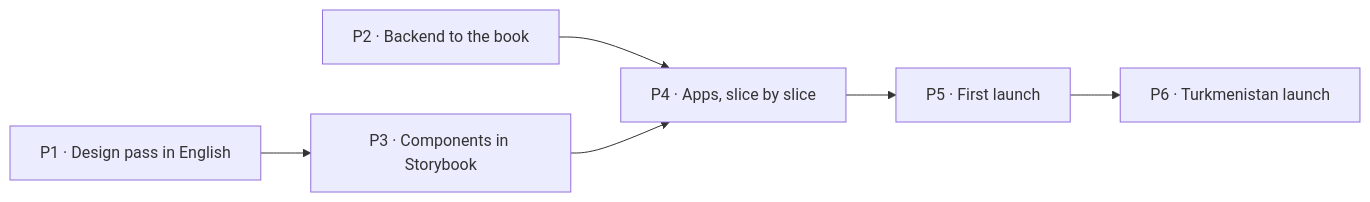
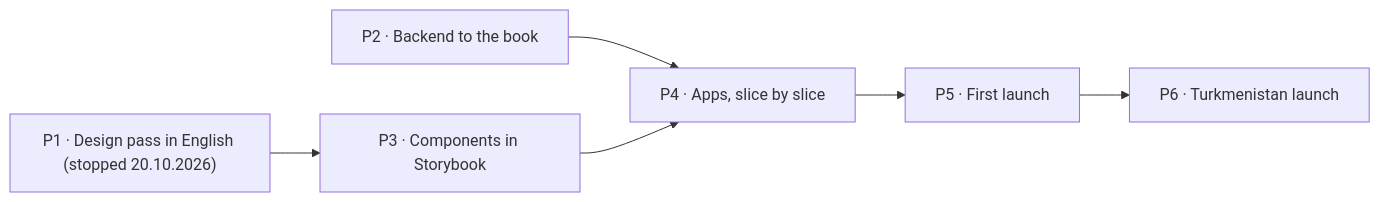
The diagram in docs/product/10-plan.md (azamatos/yeral), drawn with Mermaid before and after one commit. The commit also changed other lines of this file and 15 other files, not shown here.

First line of the commit message:
docs: stop the design pass, design only where it's needed (#91)

````diff
--- a/docs/product/10-plan.md
+++ b/docs/product/10-plan.md
@@ -22,8 +23,8 @@
 ```mermaid
 flowchart LR
-  P1["P1 · Design pass in English"] --> P3["P3 · Components in Storybook"]
+  P1["P1 · Design pass in English (stopped 20.10.2026)"] --> P3["P3 · Components in Storybook"]
   P2["P2 · Backend to the book"] --> P4["P4 · Apps, slice by slice"]
   P3 --> P4
   P4 --> P5["P5 · First launch"]
   P5 --> P6["P6 · Turkmenistan launch"]
 ```
````
